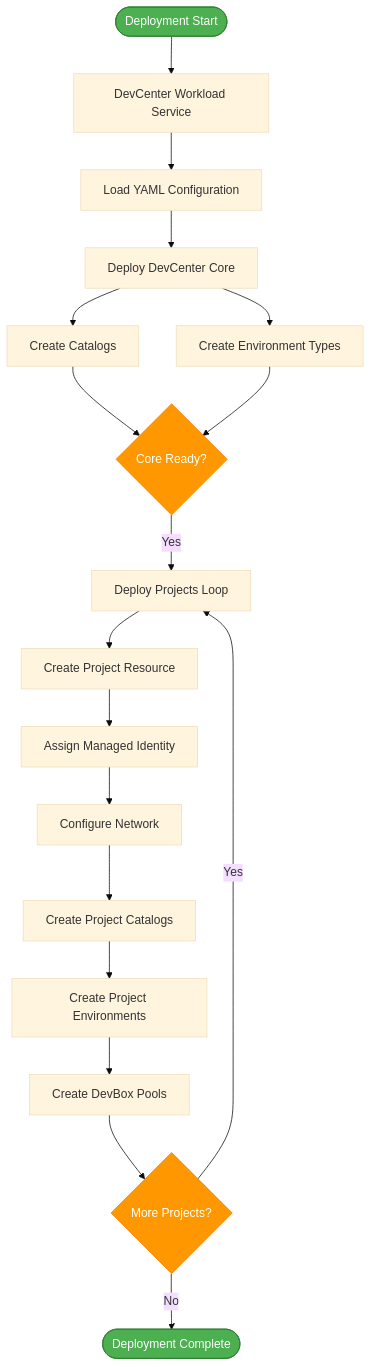
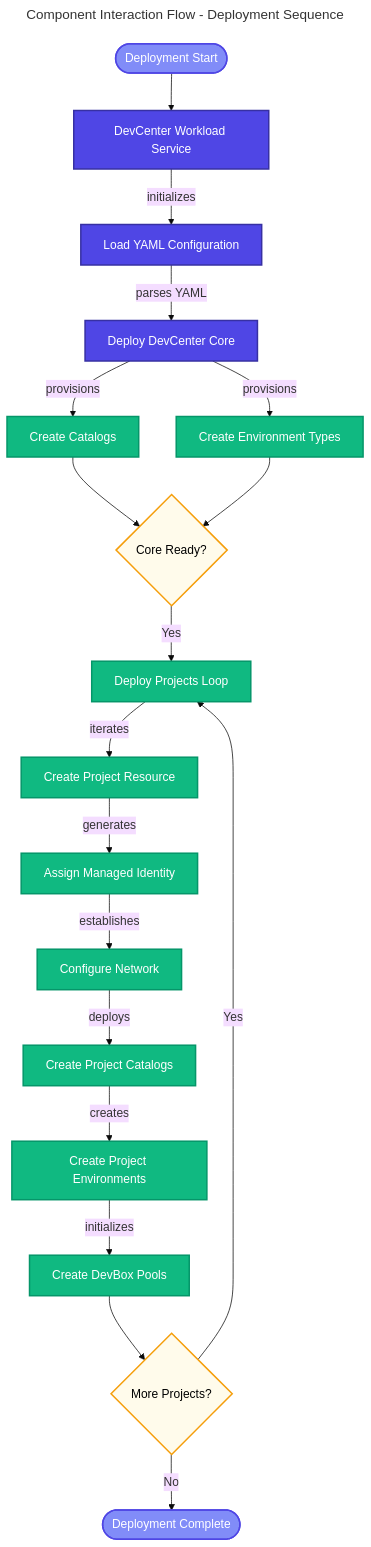
The third of 6 diagrams in docs/architecture/Application_architecture_document.md (Evilazaro/DevExp-DevBox), drawn with Mermaid (base theme) before and after one commit. The commit also changed other lines of this file, not shown here.

Commit message:
Enhance Application Architecture documentation with detailed diagrams for platform landscape, current state, component interaction flow, and data flows

````diff
--- a/docs/architecture/Application_architecture_document.md
+++ b/docs/architecture/Application_architecture_document.md
@@ -755,25 +801,62 @@
 ```mermaid
+---
+title: Component Interaction Flow - Deployment Sequence
+---
 flowchart TD
-    Start([Deployment Start]) --> Workload[DevCenter Workload Service]
-    Workload --> LoadConfig[Load YAML Configuration]
-    LoadConfig --> DeployCore[Deploy DevCenter Core]
-    DeployCore --> CreateCatalogs[Create Catalogs]
-    DeployCore --> CreateEnvTypes[Create Environment Types]
-    CreateCatalogs --> CoreReady{Core Ready?}
-    CreateEnvTypes --> CoreReady
-    CoreReady -->|Yes| DeployProjects[Deploy Projects Loop]
-    DeployProjects --> CreateProject[Create Project Resource]
-    CreateProject --> AssignIdentity[Assign Managed Identity]
-    AssignIdentity --> CreateNetwork[Configure Network]
-    CreateNetwork --> CreateProjCatalogs[Create Project Catalogs]
-    CreateProjCatalogs --> CreateProjEnv[Create Project Environments]
-    CreateProjEnv --> CreatePools[Create DevBox Pools]
-    CreatePools --> MoreProjects{More Projects?}
-    MoreProjects -->|Yes| DeployProjects
-    MoreProjects -->|No| Complete([Deployment Complete])
+    %% ===== START =====
+    startNode(["Deployment Start"])
 
-    style Start fill:#4CAF50,stroke:#2E7D32,color:#FFF
-    style Complete fill:#4CAF50,stroke:#2E7D32,color:#FFF
-    style CoreReady fill:#FF9800,stroke:#F57C00,color:#FFF
-    style MoreProjects fill:#FF9800,stroke:#F57C00,color:#FFF
+    %% ===== WORKLOAD INITIALIZATION =====
+    workloadService["DevCenter Workload Service"]
+    loadConfig["Load YAML Configuration"]
+    deployCore["Deploy DevCenter Core"]
+
+    %% ===== CORE SERVICES DEPLOYMENT =====
+    createCatalogs["Create Catalogs"]
+    createEnvTypes["Create Environment Types"]
+    coreReady{"Core Ready?"}
+
+    %% ===== PROJECT DEPLOYMENT LOOP =====
+    deployProjects["Deploy Projects Loop"]
+    createProject["Create Project Resource"]
+    assignIdentity["Assign Managed Identity"]
+    configureNetwork["Configure Network"]
+    createProjCatalogs["Create Project Catalogs"]
+    createProjEnv["Create Project Environments"]
+    createPools["Create DevBox Pools"]
+    moreProjects{"More Projects?"}
+
+    %% ===== COMPLETION =====
+    completeNode(["Deployment Complete"])
+
+    %% ===== FLOW CONNECTIONS =====
+    startNode --> workloadService
+    workloadService -->|initializes| loadConfig
+    loadConfig -->|parses YAML| deployCore
+    deployCore -->|provisions| createCatalogs
+    deployCore -->|provisions| createEnvTypes
+    createCatalogs --> coreReady
+    createEnvTypes --> coreReady
+    coreReady -->|Yes| deployProjects
+    deployProjects -->|iterates| createProject
+    createProject -->|generates| assignIdentity
+    assignIdentity -->|establishes| configureNetwork
+    configureNetwork -->|deploys| createProjCatalogs
+    createProjCatalogs -->|creates| createProjEnv
+    createProjEnv -->|initializes| createPools
+    createPools --> moreProjects
+    moreProjects -->|Yes| deployProjects
+    moreProjects -->|No| completeNode
+
+    %% ===== STYLING: NODE CLASSES =====
+    classDef trigger fill:#818CF8,stroke:#4F46E5,color:#FFFFFF,stroke-width:2px
+    classDef primary fill:#4F46E5,stroke:#3730A3,color:#FFFFFF,stroke-width:2px
+    classDef secondary fill:#10B981,stroke:#059669,color:#FFFFFF,stroke-width:2px
+    classDef decision fill:#FFFBEB,stroke:#F59E0B,color:#000000,stroke-width:2px
+
+    %% ===== APPLY NODE CLASSES =====
+    class startNode,completeNode trigger
+    class workloadService,loadConfig,deployCore primary
+    class createCatalogs,createEnvTypes,deployProjects,createProject,assignIdentity,configureNetwork,createProjCatalogs,createProjEnv,createPools secondary
+    class coreReady,moreProjects decision
 ```
````
